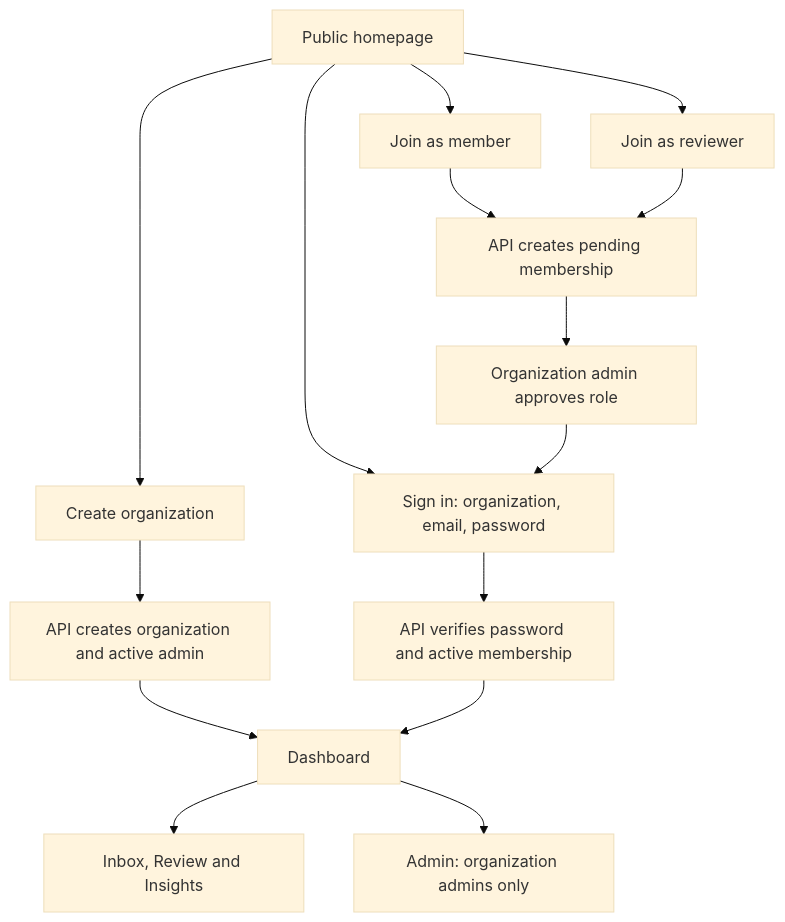
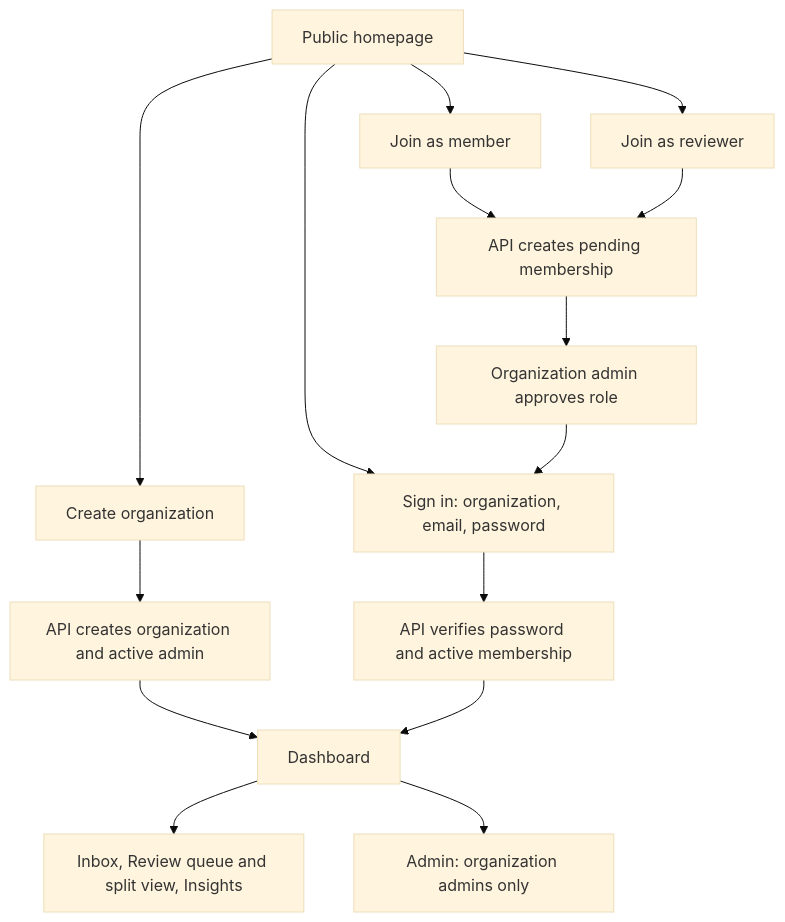
The second of 6 diagrams in SYSTEM_DESIGN.md (Abhinavsuri90/opspilot), drawn with Mermaid (base theme) before and after one commit. The commit also changed other lines of this file and 36 other files, not shown here.

First line of the commit message:
feat(web): add the review queue and keyboard-first split view

````diff
--- a/SYSTEM_DESIGN.md
+++ b/SYSTEM_DESIGN.md
@@ -77,17 +78,17 @@
 ```mermaid
 flowchart TD
     Home[Public homepage] --> Owner[Create organization]
     Home --> Member[Join as member]
     Home --> Reviewer[Join as reviewer]
     Home --> Login[Sign in: organization, email, password]
     Owner --> Create[API creates organization and active admin]
     Member --> Pending[API creates pending membership]
     Reviewer --> Pending
     Pending --> Approval[Organization admin approves role]
     Approval --> Login
     Create --> Dashboard[Dashboard]
     Login --> Check[API verifies password and active membership]
     Check --> Dashboard
-    Dashboard --> Work[Inbox, Review and Insights]
+    Dashboard --> Work[Inbox, Review queue and split view, Insights]
     Dashboard --> Admin[Admin: organization admins only]
 ```
````
